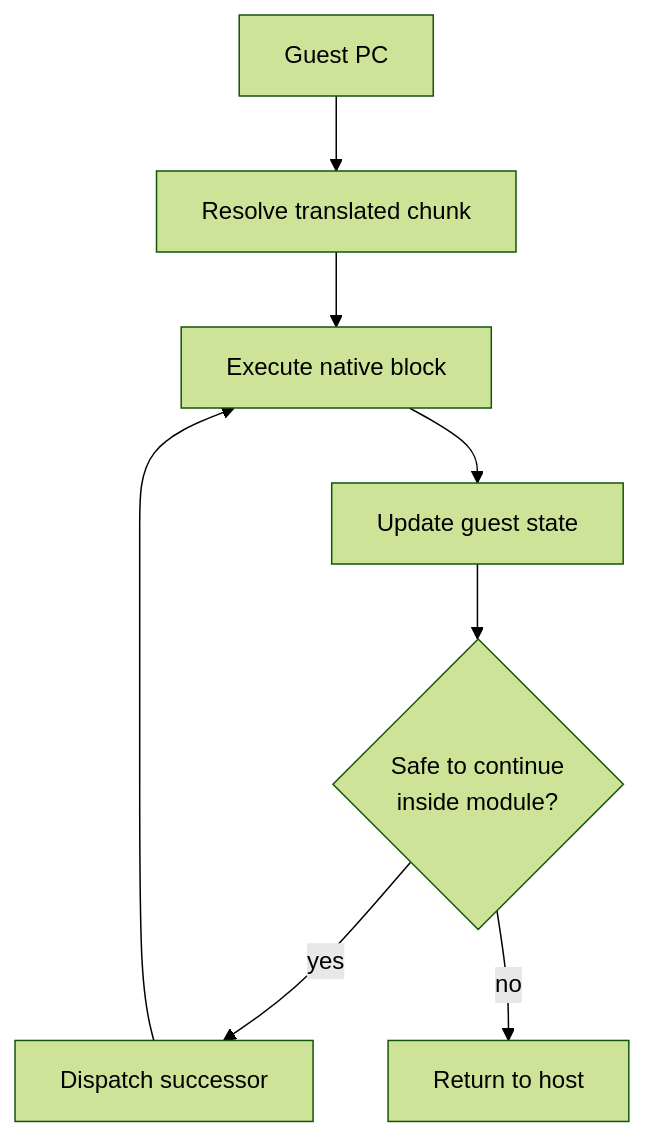
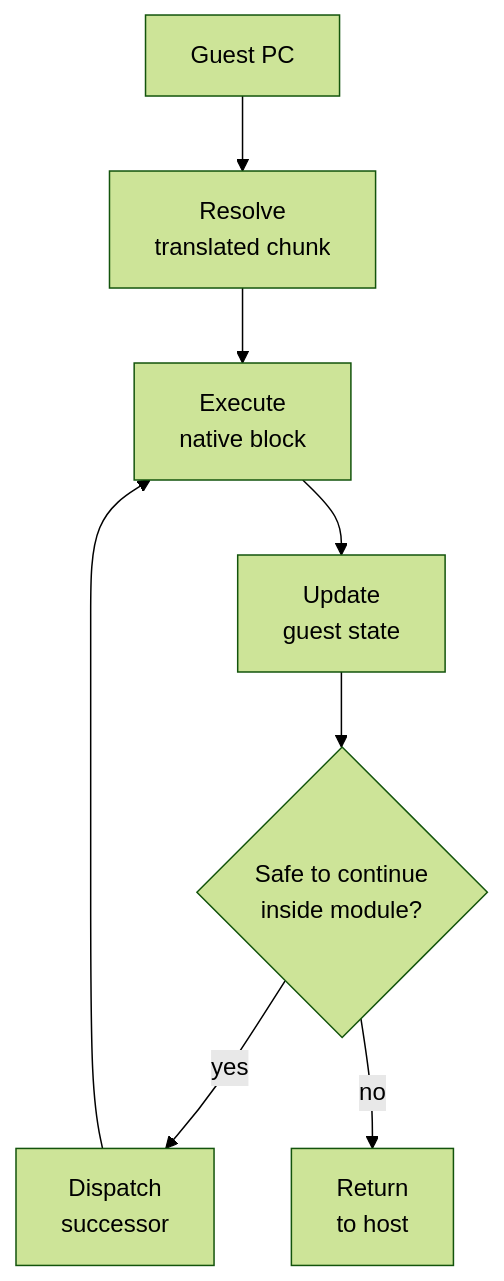
The third of 4 diagrams in docs/architecture/GameThread.md (Aelbannan/boat_of_daphnes), drawn with Mermaid (forest theme) before and after one commit. The commit also changed other lines of this file and 1 other file, not shown here.

Commit message:
docs: prevent game-thread diagram truncation

````diff
--- a/docs/architecture/GameThread.md
+++ b/docs/architecture/GameThread.md
@@ -127,14 +127,14 @@
 ```mermaid
 flowchart TD
     PC["Guest PC"]
-    Resolve["Resolve translated chunk"]
-    Block["Execute native block"]
-    State["Update guest state"]
+    Resolve["Resolve<br/>translated chunk"]
+    Block["Execute<br/>native block"]
+    State["Update<br/>guest state"]
     Check{"Safe to continue<br/>inside module?"}
-    Next["Dispatch successor"]
-    Yield["Return to host"]
+    Next["Dispatch<br/>successor"]
+    Yield["Return<br/>to host"]
 
     PC --> Resolve --> Block --> State --> Check
     Check -->|"yes"| Next --> Block
     Check -->|"no"| Yield
 ```
````
